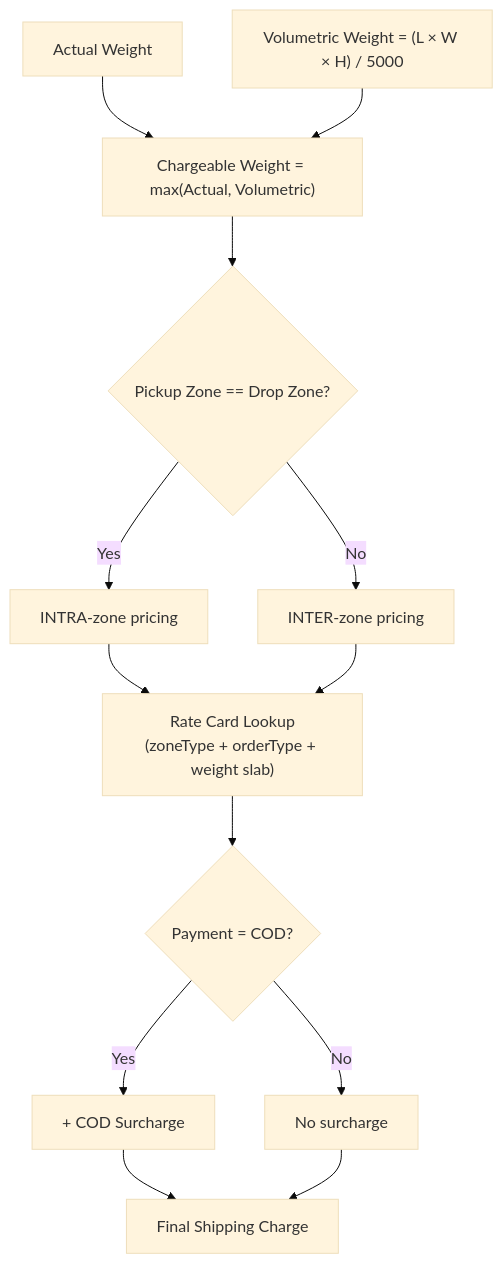
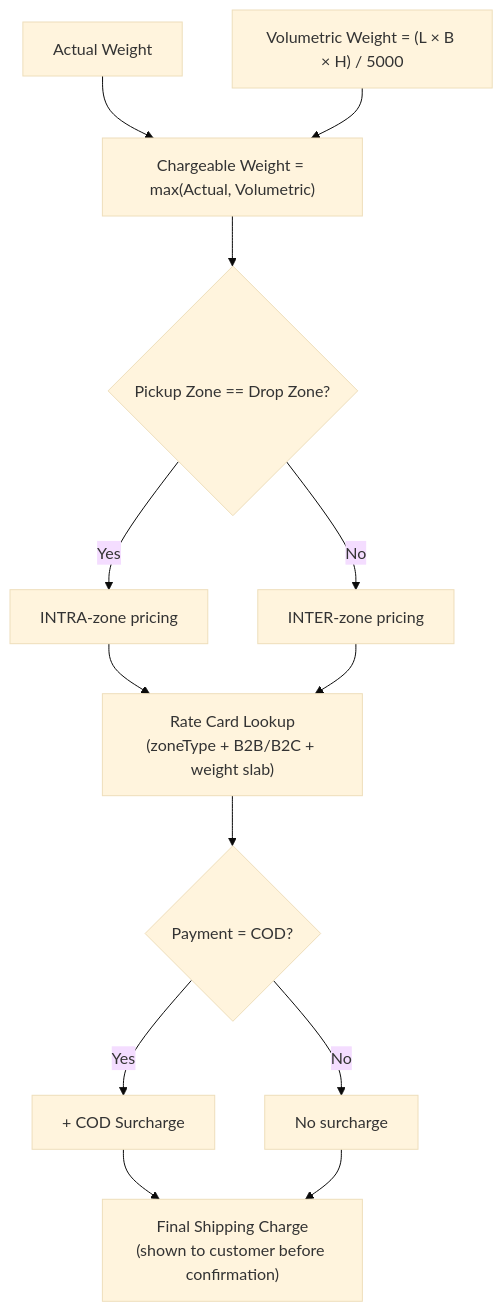
One commit to pruthvimotade/Unthinkable-updated-project changed the second of 5 diagrams in README.md. Above: the diagram before and after it, drawn with Mermaid (base theme). The commit also changed other lines of this file, not shown here.

````diff
--- a/README.md
+++ b/README.md
@@ -154,15 +168,15 @@
 ```mermaid
 flowchart TD
     A["Actual Weight"] --> C["Chargeable Weight = max(Actual, Volumetric)"]
-    B["Volumetric Weight = (L × W × H) / 5000"] --> C
+    B["Volumetric Weight = (L × B × H) / 5000"] --> C
     C --> D{"Pickup Zone == Drop Zone?"}
     D -->|Yes| E["INTRA-zone pricing"]
     D -->|No| F["INTER-zone pricing"]
-    E --> G["Rate Card Lookup<br/>(zoneType + orderType + weight slab)"]
+    E --> G["Rate Card Lookup<br/>(zoneType + B2B/B2C + weight slab)"]
     F --> G
     G --> H{"Payment = COD?"}
     H -->|Yes| I["+ COD Surcharge"]
     H -->|No| J["No surcharge"]
-    I --> K["Final Shipping Charge"]
+    I --> K["Final Shipping Charge<br/>(shown to customer before confirmation)"]
     J --> K
 ```
````
